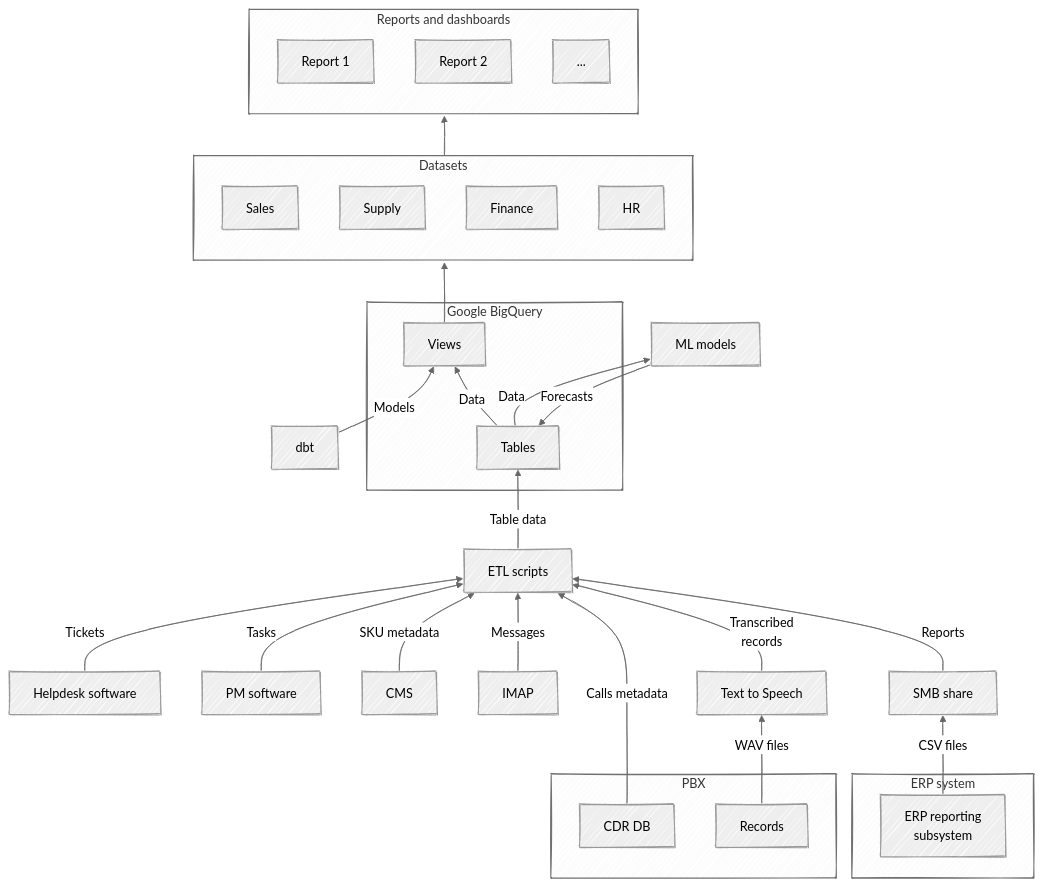
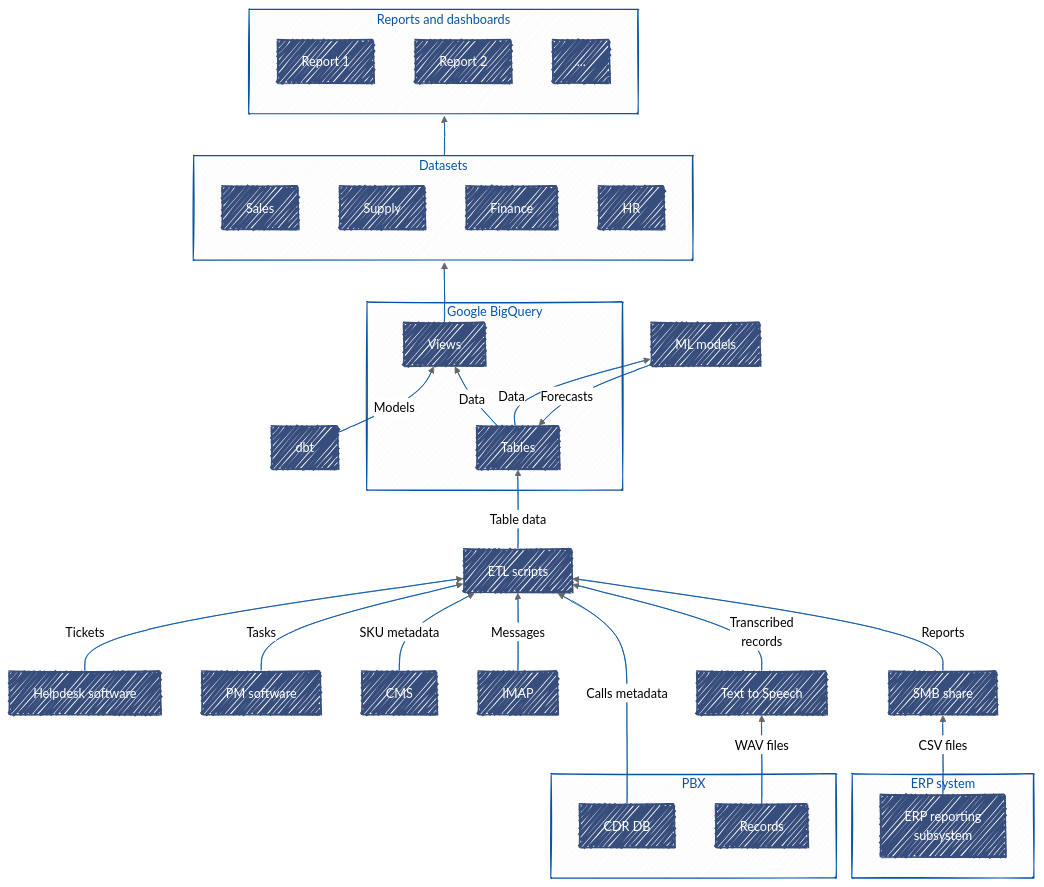
One commit to AxesAccess/Blog changed the diagram in posts/20250106-bi-flowchart/diagrams/overview.mmd. Above: the diagram before and after it, drawn with Mermaid. The commit also changed other lines of this file and 4 other files, not shown here.

Commit message:
Update diagrams' styles

```diff
--- a/posts/20250106-bi-flowchart/diagrams/overview.mmd
+++ b/posts/20250106-bi-flowchart/diagrams/overview.mmd
@@ -1,43 +1,86 @@
 ---
 config:
   look: handDrawn
   theme: neutral
 ---
 flowchart BT
  subgraph s3["Datasets"]
         n22["Sales"]
         n23["Supply"]
         n24["Finance"]
         n25["HR"]
   end
  subgraph s4["Reports and dashboards"]
         n26["Report 1"]
         n27["Report 2"]
         n29["..."]
   end
  subgraph s5["Google BigQuery"]
         n51["Views"]
         n52["Tables"]
   end
  subgraph s7["PBX"]
         n53["Records"]
         n12["CDR DB"]
   end
  subgraph s8["ERP system"]
         n1["ERP reporting<br>subsystem"]
   end
     n51 --> s3
     s3 --> s4
     n1 -- CSV files --> n55["SMB share"]
     n6["Helpdesk software"] -- Tickets --> n11["ETL scripts"]
     n7["PM software"] -- Tasks --> n11
     n8["CMS"] -- SKU metadata --> n11
     n9["IMAP"] -- Messages --> n11
     n12 -- Calls metadata --> n11
     n11 -- Table data --> n52
     n17["dbt"] -- Models --> n51
     n52 -- Data --> n51 & n20["ML models"]
     n20 -- Forecasts --> n52
     n53 -- WAV files --> n54["Text to Speech"]
     n54 -- Transcribed<br>records --> n11
     n55 -- Reports --> n11
+     n22:::Blueprint
+     n23:::Blueprint
+     n24:::Blueprint
+     n25:::Blueprint
+     n26:::Blueprint
+     n27:::Blueprint
+     n29:::Blueprint
+     n51:::Blueprint
+     n52:::Blueprint
+     n53:::Blueprint
+     n12:::Blueprint
+     n1:::Blueprint
+     n55:::Blueprint
+     n6:::Blueprint
+     n11:::Blueprint
+     n7:::Blueprint
+     n8:::Blueprint
+     n9:::Blueprint
+     n17:::Blueprint
+     n20:::Blueprint
+     n54:::Blueprint
+    classDef Blueprint stroke-width:2px, stroke-dasharray:none, stroke:#374D7C, fill:0754a6, color:#ffffff, stroke-width:2px, stroke-dasharray:none, stroke:#374D7C, fill:0754a6, color:#ffffff, stroke-width:2px, stroke-dasharray:none, stroke:#374D7C, fill:0754a6, color:#ffffff
+    style s3 stroke:#0754a6,color:#0754a6
+    style s4 stroke:#0754a6,color:#0754a6
+    style s5 stroke:#0754a6,color:#0754a6
+    style s7 stroke:#0754a6,color:#0754a6
+    style s8 stroke:#0754a6,color:#0754a6
+    linkStyle 0 stroke:#0754a6,fill:none
+    linkStyle 1 stroke:#0754a6,fill:none
+    linkStyle 2 stroke:#0754a6,fill:none
+    linkStyle 3 stroke:#0754a6,fill:none
+    linkStyle 4 stroke:#0754a6,fill:none
+    linkStyle 5 stroke:#0754a6,fill:none
+    linkStyle 6 stroke:#0754a6,fill:none
+    linkStyle 7 stroke:#0754a6,fill:none
+    linkStyle 8 stroke:#0754a6,fill:none
+    linkStyle 9 stroke:#0754a6,fill:none
+    linkStyle 10 stroke:#0754a6,fill:none
+    linkStyle 11 stroke:#0754a6,fill:none
+    linkStyle 12 stroke:#0754a6,fill:none
+    linkStyle 13 stroke:#0754a6,fill:none
+    linkStyle 14 stroke:#0754a6,fill:none
+    linkStyle 15 stroke:#0754a6,fill:none
```
